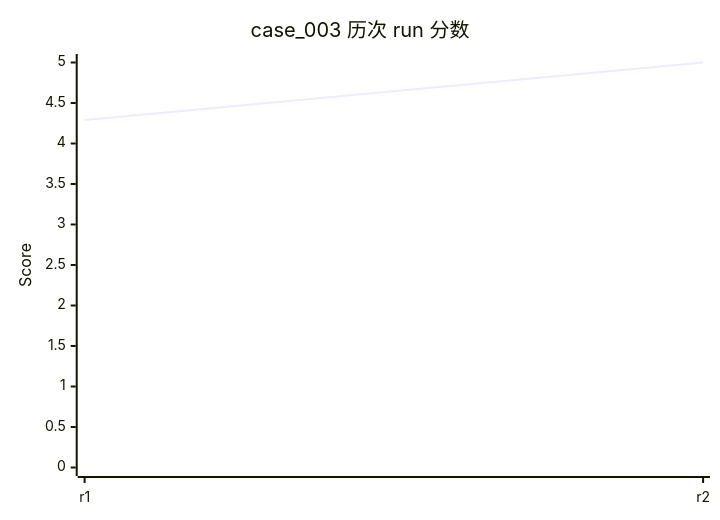
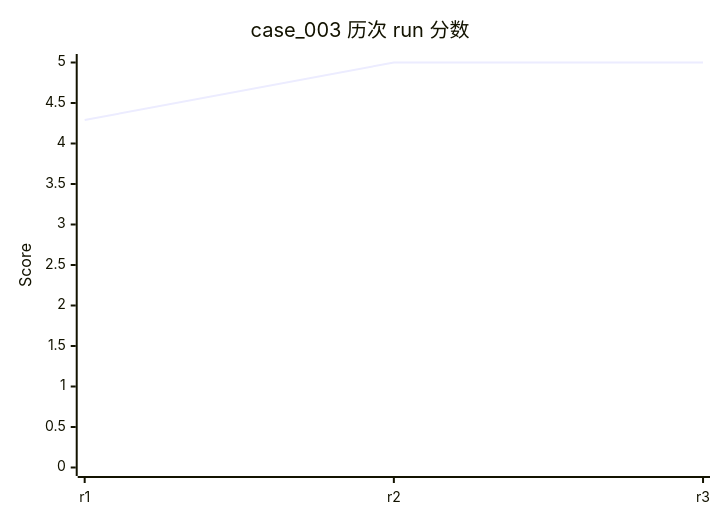
The tenth of 58 diagrams in evals/DASHBOARD.md (rushengzhou/sid-code), drawn with Mermaid before and after one commit. The commit also changed other lines of this file and 57 other files, not shown here.

````diff
--- a/evals/DASHBOARD.md
+++ b/evals/DASHBOARD.md
@@ -264,7 +266,7 @@
 ```mermaid
 xychart-beta
     title "case_003 历次 run 分数"
-    x-axis [r1, r2]
+    x-axis [r1, r2, r3]
     y-axis "Score" 0 --> 5
-    line [4.29, 5.00]
+    line [4.29, 5.00, 5.00]
 ```
````
